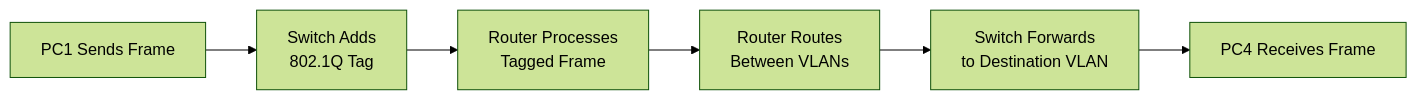
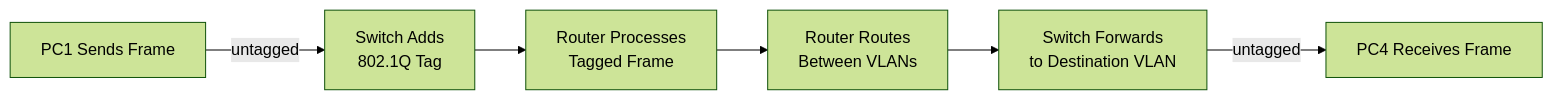
Before and after one commit to rick-homelab/ccna-handson-labs: the third of 3 diagrams in project-5/README.md, drawn with Mermaid (forest theme). The commit also changed other lines of this file, not shown here.

````diff
--- a/project-5/README.md
+++ b/project-5/README.md
@@ -255,8 +249,8 @@
 ```mermaid
 graph LR
-    A[PC1 Sends Frame] --> B[Switch Adds<br>802.1Q Tag]
+    A[PC1 Sends Frame] -->|untagged| B[Switch Adds<br>802.1Q Tag]
     B --> C[Router Processes<br>Tagged Frame]
     C --> D[Router Routes<br>Between VLANs]
     D --> E[Switch Forwards<br>to Destination VLAN]
-    E --> F[PC4 Receives Frame]
+    E -->|untagged| F[PC4 Receives Frame]
 ```
````
